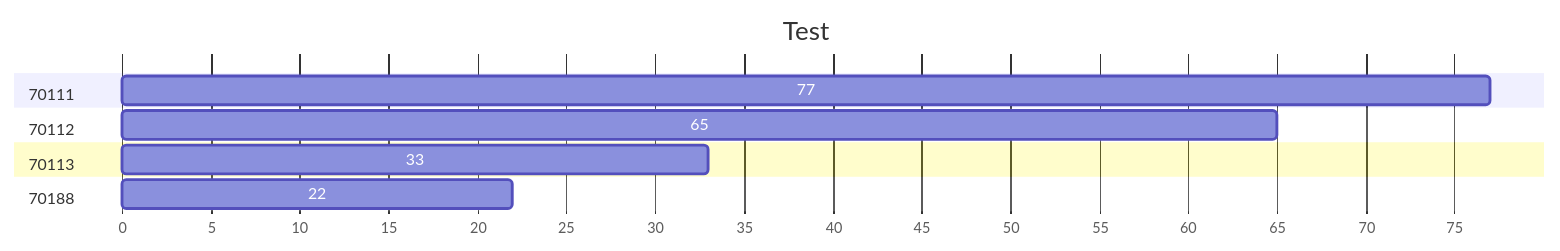
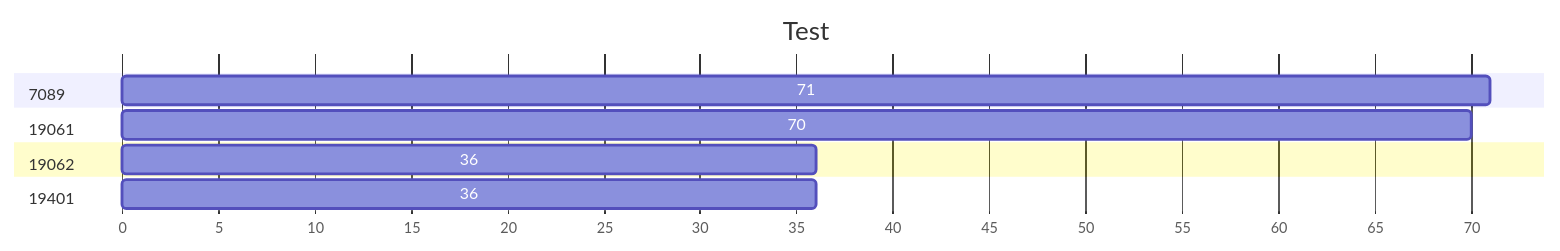
Before and after one commit to karistom/task-status: the diagram in README.md, drawn with Mermaid.

````diff
--- a/README.md
+++ b/README.md
@@ -3,19 +3,19 @@
 ```mermaid
 gantt
     title Test
     todayMarker off
     dateFormat  X
     axisFormat %s
 
-    section 70111
-    77   : 0, 77
+    section 19062
+    71   : 0, 71
 
-    section 70112
-    65   : 0, 65
+    section 19061
+    70   : 0, 70
 
-    section 70113
-    33   : 0, 33
+    section 19401
+    36   : 0, 36
 
-    section 70188
-    22   : 0, 22
+    section 7089
+    36   : 0, 36
 ```
````
